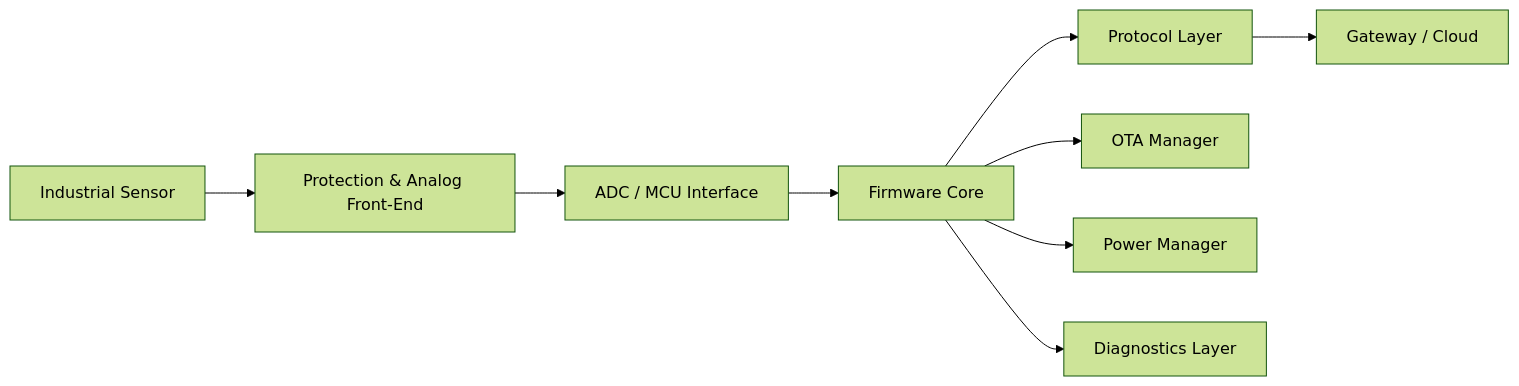
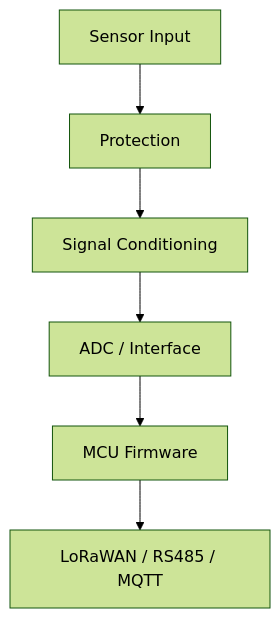
One commit to dev-nicolasv/dev-nicolasv changed the second of 2 diagrams in README.md. Above: the diagram before and after it, drawn with Mermaid (forest theme). The commit also changed other lines of this file, not shown here.

````diff
--- a/README.md
+++ b/README.md
@@ -119,11 +216,8 @@
 ```mermaid
-flowchart LR
-    A["Industrial Sensor"] --> B["Protection & Analog Front-End"]
-    B --> C["ADC / MCU Interface"]
-    C --> D["Firmware Core"]
-    D --> E["Protocol Layer"]
-    E --> F["Gateway / Cloud"]
-    D --> G["OTA Manager"]
-    D --> H["Power Manager"]
-    D --> I["Diagnostics Layer"]
+flowchart TD
+    A["Sensor Input"] --> B["Protection"]
+    B --> C["Signal Conditioning"]
+    C --> D["ADC / Interface"]
+    D --> E["MCU Firmware"]
+    E --> F["LoRaWAN / RS485 / MQTT"]
 ```
````
